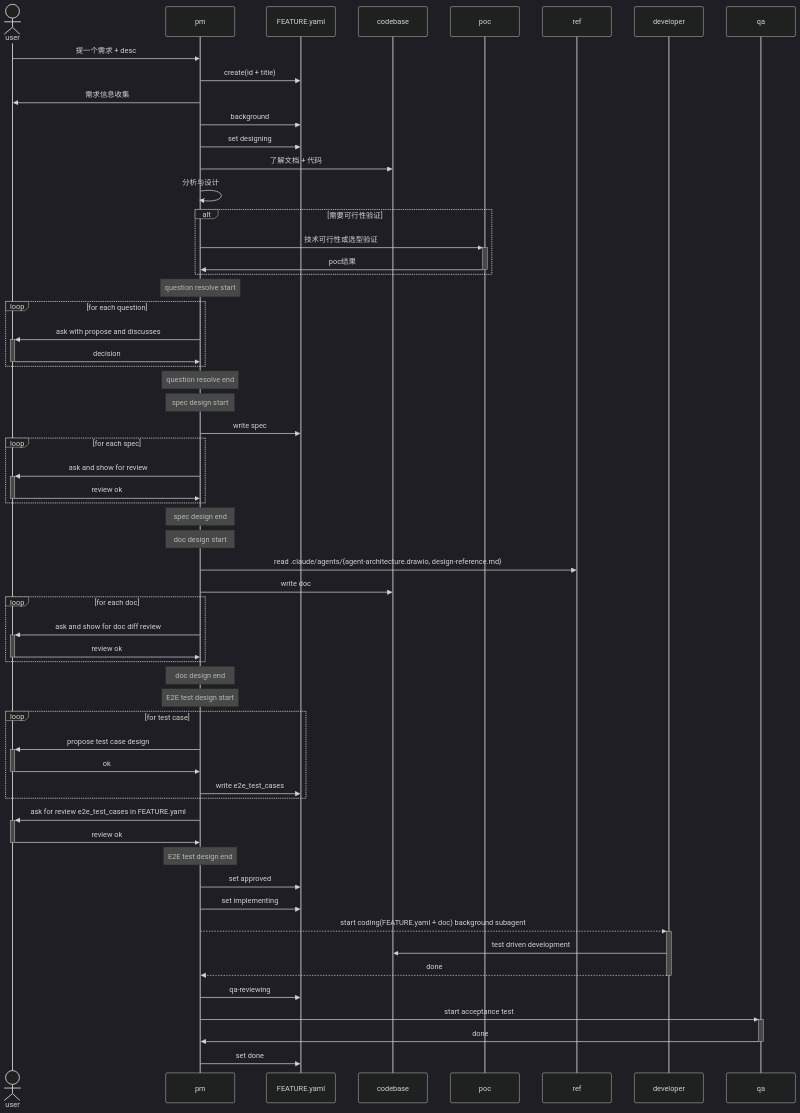
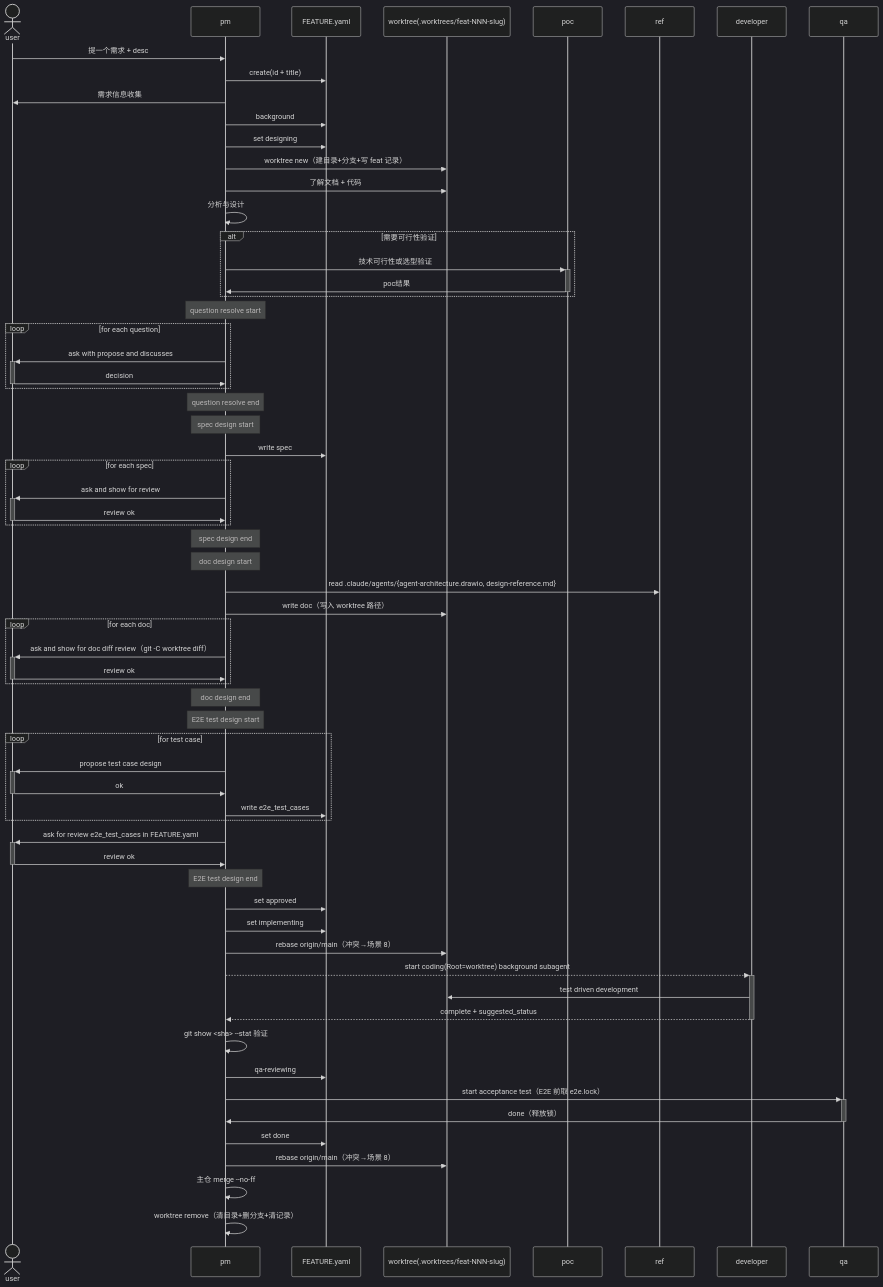
One commit to JoeyAssistant/skill-repo changed the first of 3 diagrams in system-prompt/agent-factory/agent-pm.md. Above: the diagram before and after it, drawn with Mermaid (dark theme). The commit also changed other lines of this file and 2 other files, not shown here.

First line of the commit message:
feat(prompt): worktree 并行开发模型落地三个 prompt——主仓 PM + 路径化代码操作

````diff
--- a/system-prompt/agent-factory/agent-pm.md
+++ b/system-prompt/agent-factory/agent-pm.md
@@ -96,67 +105,73 @@
 ```mermaid
 sequenceDiagram
     actor user
     user->>pm: 提一个需求 + desc
     participant feat as FEATURE.yaml
-    participant code as codebase
+    participant wt as worktree(.worktrees/feat-NNN-slug)
 
     pm->>feat: create(id + title)
     pm->>user: 需求信息收集
     pm->>feat: background
 
     pm->>feat: set designing
-    pm->>code: 了解文档 + 代码
+    pm->>wt: worktree new（建目录+分支+写 feat 记录）
+    pm->>wt: 了解文档 + 代码
     pm->>pm: 分析与设计
     alt 需要可行性验证
         pm->>+poc: 技术可行性或选型验证
         poc->>-pm: poc结果
     end
 
     Note over pm: question resolve start
     loop for each question
         pm->>+user: ask with propose and discusses
         user->>-pm: decision
     end
     Note over pm: question resolve end
 
     Note over pm: spec design start
     pm->>feat: write spec
     loop for each spec
         pm->>+user: ask and show for review
         user->>-pm: review ok
     end
     Note over pm: spec design end
 
     Note over pm: doc design start
     pm->>ref: read .claude/agents/{agent-architecture.drawio, design-reference.md}
-    pm->>code: write doc
+    pm->>wt: write doc（写入 worktree 路径）
 
     loop for each doc
-        pm->>+user: ask and show for doc diff review
+        pm->>+user: ask and show for doc diff review（git -C worktree diff）
         user->>-pm: review ok
     end
     Note over pm: doc design end
 
     Note over pm: E2E test design start
     loop for test case
         pm->>+user: propose test case design
         user->>-pm: ok
         pm->>feat: write e2e_test_cases
     end
     
     pm->>+user: ask for review e2e_test_cases in FEATURE.yaml
     user->>-pm: review ok
     Note over pm: E2E test design end
 
     pm->>feat: set approved
     participant dev as developer
     pm->>feat: set implementing
-    pm-->>+dev: start coding(FEATURE.yaml + doc) background subagent
-    dev->>code: test driven development
-    dev-->>-pm: done
+    pm->>wt: rebase origin/main（冲突→场景 8）
+    pm-->>+dev: start coding(Root=worktree) background subagent
+    dev->>wt: test driven development
+    dev-->>-pm: complete + suggested_status
 
+    pm->>pm: git show <sha> --stat 验证
     pm->>feat: qa-reviewing
-    pm->>+qa: start acceptance test
-    qa->>-pm: done
+    pm->>+qa: start acceptance test（E2E 前取 e2e.lock）
+    qa->>-pm: done（释放锁）
     pm->>feat: set done
+    pm->>wt: rebase origin/main（冲突→场景 8）
+    pm->>pm: 主仓 merge --no-ff
+    pm->>pm: worktree remove（清目录+删分支+清记录）
 ```
````
